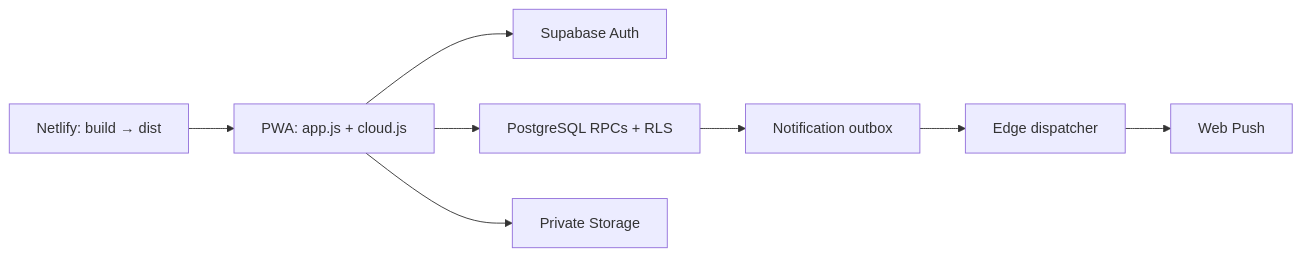
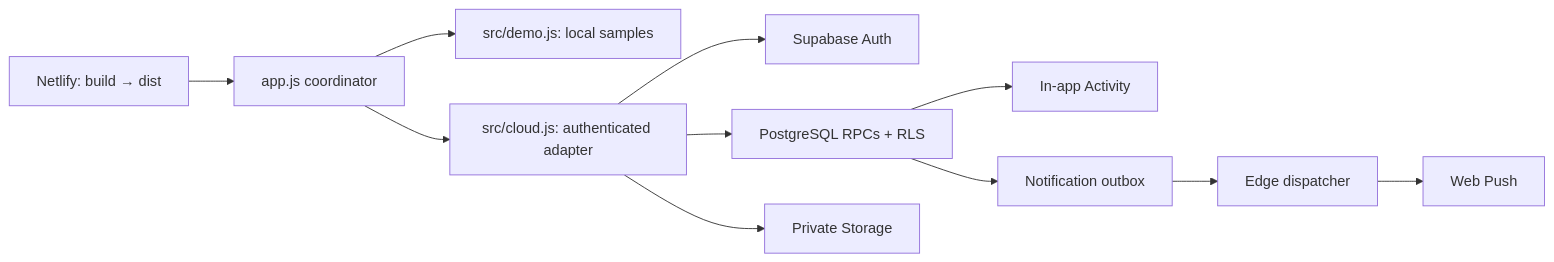
Before and after one commit to Aurasj/azice: the diagram in README.md, drawn with Mermaid. The commit also changed other lines of this file and 106 other files, not shown here.

````diff
--- a/README.md
+++ b/README.md
@@ -37,10 +65,13 @@
 ```mermaid
 flowchart LR
-  UI["PWA: app.js + cloud.js"] --> Auth["Supabase Auth"]
-  UI --> DB["PostgreSQL RPCs + RLS"]
-  UI --> Storage["Private Storage"]
+  UI["app.js coordinator"] --> Demo["src/demo.js: local samples"]
+  UI --> Cloud["src/cloud.js: authenticated adapter"]
+  Cloud --> Auth["Supabase Auth"]
+  Cloud --> DB["PostgreSQL RPCs + RLS"]
+  Cloud --> Storage["Private Storage"]
+  DB --> Activity["In-app Activity"]
   DB --> Queue["Notification outbox"]
   Queue --> Edge["Edge dispatcher"]
   Edge --> Push["Web Push"]
   Netlify["Netlify: build → dist"] --> UI
 ```
````
